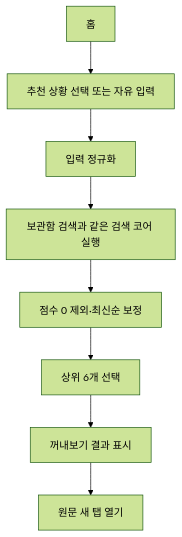
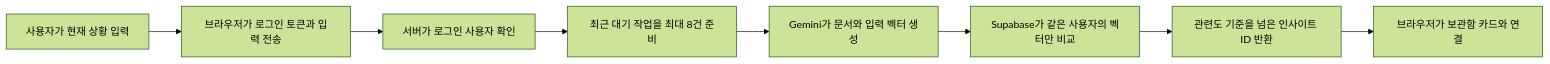
One commit to Mureung1/hub-showcase changed the diagram in docs/retrieve.md. Above: the diagram before and after it, drawn with Mermaid (forest theme). The commit also changed other lines of this file and 6 other files, not shown here.

````diff
--- a/docs/retrieve.md
+++ b/docs/retrieve.md
@@ -116,10 +67,10 @@
 ```mermaid
-flowchart TD
-  A["홈"] --> B["추천 상황 선택 또는 자유 입력"]
-  B --> C["입력 정규화"]
-  C --> D["보관함 검색과 같은 검색 코어 실행"]
-  D --> E["점수 0 제외·최신순 보정"]
-  E --> F["상위 6개 선택"]
-  F --> G["꺼내보기 결과 표시"]
-  G --> H["원문 새 탭 열기"]
+flowchart LR
+  A["사용자가 현재 상황 입력"] --> B["브라우저가 로그인 토큰과 입력 전송"]
+  B --> C["서버가 로그인 사용자 확인"]
+  C --> D["최근 대기 작업을 최대 8건 준비"]
+  D --> E["Gemini가 문서와 입력 벡터 생성"]
+  E --> F["Supabase가 같은 사용자의 벡터만 비교"]
+  F --> G["관련도 기준을 넘은 인사이트 ID 반환"]
+  G --> H["브라우저가 보관함 카드와 연결"]
 ```
````
